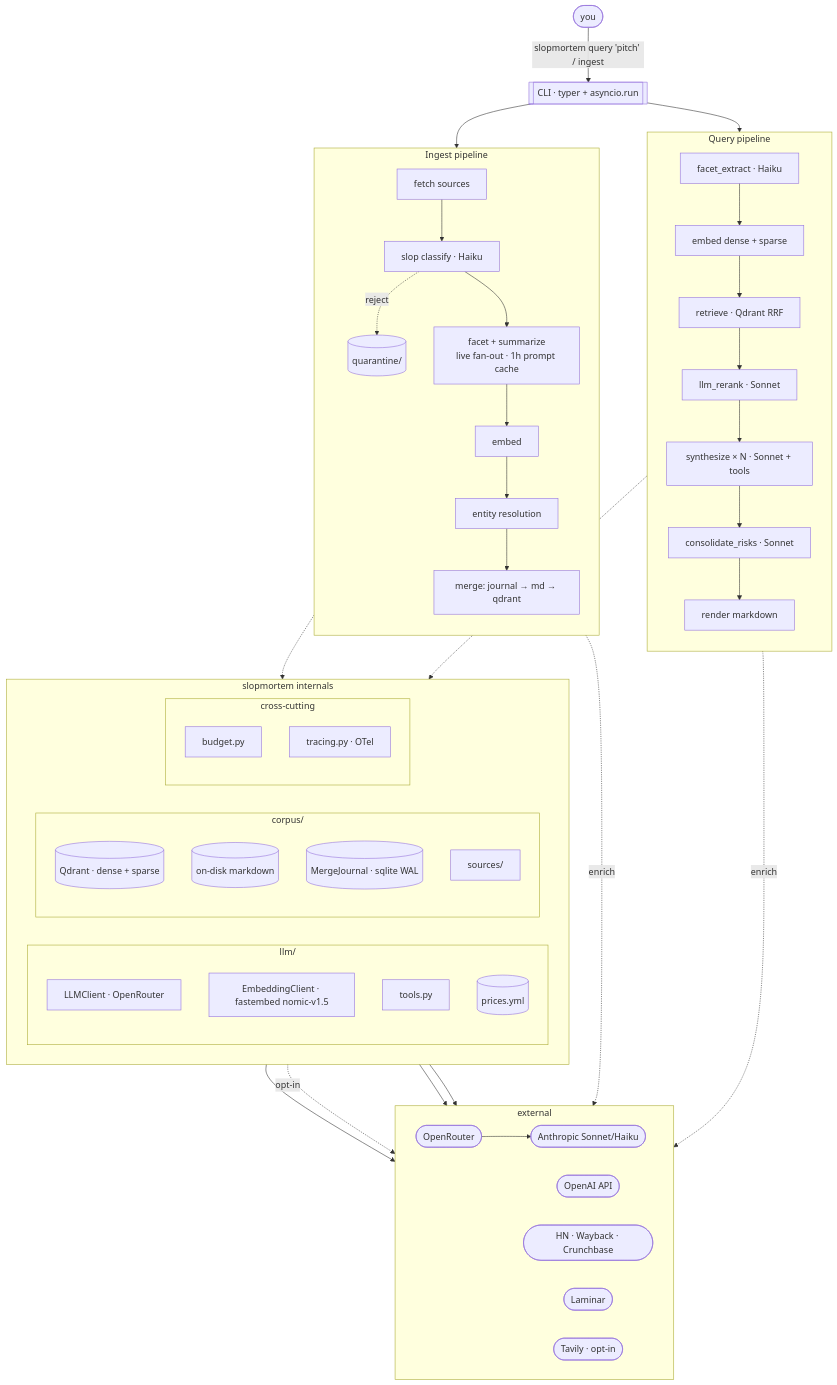
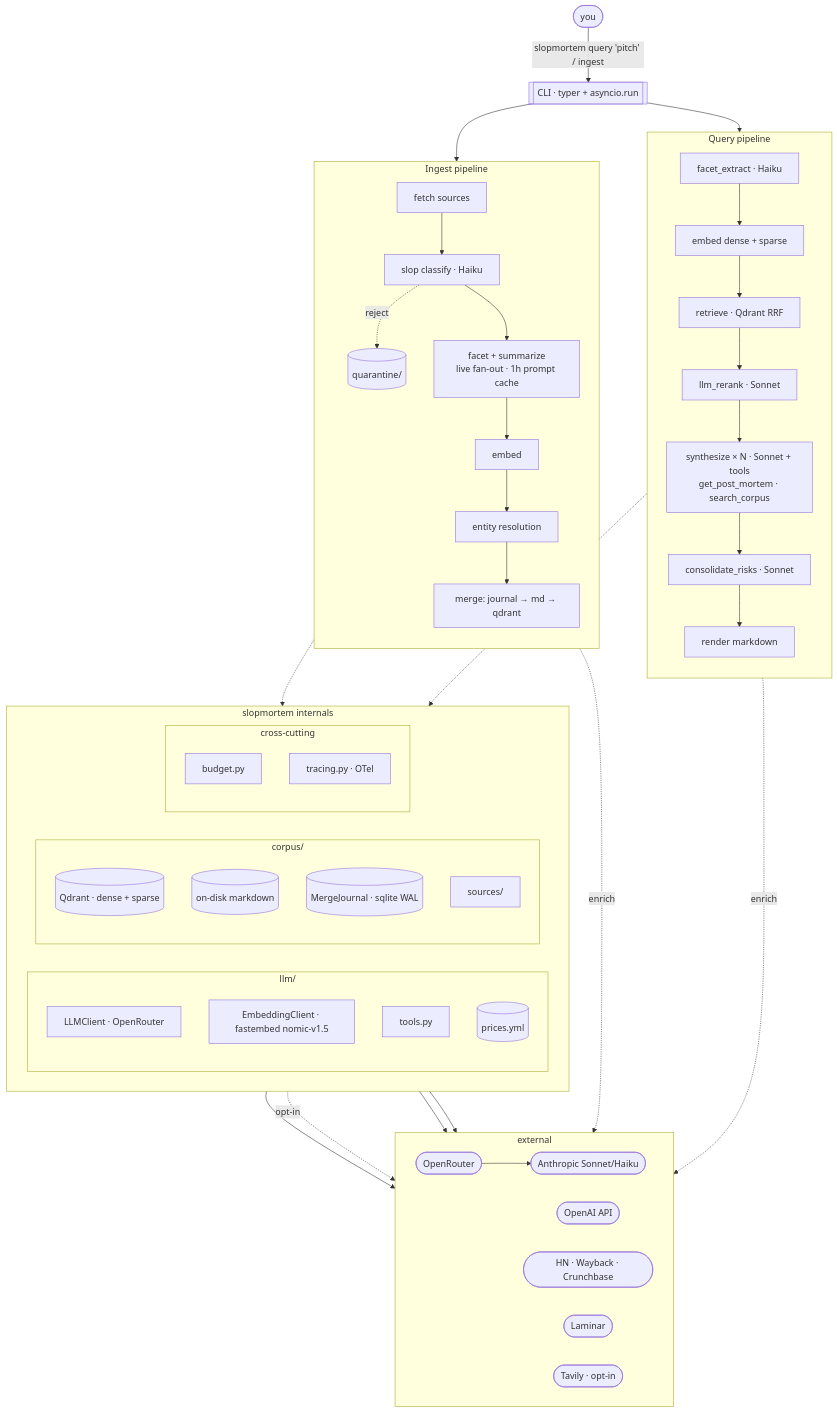
The diagram in docs/architecture.md (vaporif/slopmortem), drawn with Mermaid before and after one commit. The commit also changed 1 other file, not shown here.

````diff
--- a/docs/architecture.md
+++ b/docs/architecture.md
@@ -3,68 +3,68 @@
 ```mermaid
 flowchart TD
     User([you]) -->|"slopmortem query 'pitch' / ingest"| CLI[["CLI · typer + asyncio.run"]]
     CLI --> Q1
     CLI --> I1
 
     subgraph Q["Query pipeline"]
         direction TB
         Q1[facet_extract · Haiku] --> Q2[embed dense + sparse]
         Q2 --> Q3[retrieve · Qdrant RRF]
         Q3 --> Q4[llm_rerank · Sonnet]
-        Q4 --> Q5[synthesize × N · Sonnet + tools]
+        Q4 --> Q5["synthesize × N · Sonnet + tools<br/>get_post_mortem · search_corpus"]
         Q5 --> Q6[consolidate_risks · Sonnet]
         Q6 --> Q7[render markdown]
     end
 
     subgraph I["Ingest pipeline"]
         direction TB
         I1[fetch sources] --> I_slop[slop classify · Haiku]
         I_slop -.->|reject| IQ[(quarantine/)]
         I_slop --> I2["facet + summarize<br/>live fan-out · 1h prompt cache"]
         I2 --> I3[embed]
         I3 --> I4[entity resolution]
         I4 --> I5["merge: journal → md → qdrant"]
     end
 
     Q -.-> Internals
     I -.-> Internals
 
     subgraph Internals["slopmortem internals"]
         direction LR
         subgraph llm["llm/"]
             direction TB
             LLMC[LLMClient · OpenRouter]
             Embed[EmbeddingClient · fastembed nomic-v1.5]
             Tools[tools.py]
             Prices[(prices.yml)]
         end
         subgraph corpus["corpus/"]
             direction TB
             Qdrant[(Qdrant · dense + sparse)]
             MD[(on-disk markdown)]
             Journal[(MergeJournal · sqlite WAL)]
             Sources[sources/]
         end
         subgraph cross["cross-cutting"]
             direction TB
             Budget[budget.py]
             Trace[tracing.py · OTel]
         end
     end
 
     LLMC --> OR
     Embed -.->|"opt-in"| OAI
     Sources --> Web
     Trace --> LMNR
     Q5 -.->|enrich| TV
     I2 -.->|enrich| TV
 
     subgraph Ext["external"]
         direction LR
         OR([OpenRouter]) --> ANT([Anthropic Sonnet/Haiku])
         OAI([OpenAI API])
         Web([HN · Wayback · Crunchbase])
         TV([Tavily · opt-in])
         LMNR([Laminar])
     end
 ```
````
